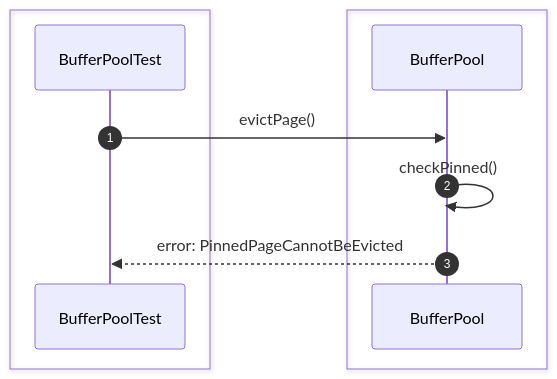
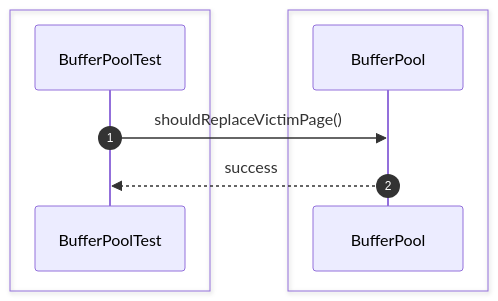
The seventh of 44 diagrams in src/sequence/storage-engine.md (Huy1801214/dbms-architecture), drawn with Mermaid before and after one commit. The commit also changed other lines of this file and 68 other files, not shown here.

Commit message:
implement comprehensive unit test suite and architectural sequence documentation

````diff
--- a/src/sequence/storage-engine.md
+++ b/src/sequence/storage-engine.md
@@ -116,15 +96,13 @@
 ```mermaid
 sequenceDiagram
     autonumber
-
     box #e1f5fe Test Suite
     participant Test as BufferPoolTest
     end
-    box #e0f2f1 Storage Components
-    participant Buffer as BufferPool
+    box #e0f2f1 BufferPool Component
+    participant BP as BufferPool
     end
 
-    Test->>Buffer: evictPage()
-    Buffer->>Buffer: checkPinned()
-    Buffer-->>Test: error: PinnedPageCannotBeEvicted
+    Test->>BP: shouldReplaceVictimPage()
+    BP-->>Test: success
 ```
````
